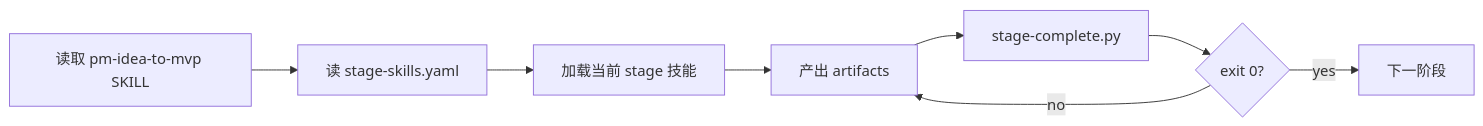
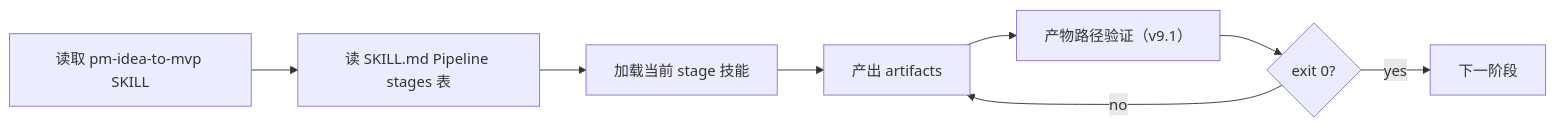
Before and after one commit to ttmens/ttmens-skills: the diagram in docs/AGENT_ONBOARDING.md, drawn with Mermaid. The commit also changed other lines of this file and 57 other files, not shown here.

First line of the commit message:
feat: pm-idea-to-mvp v9.1.0 — artifact-driven pipeline with align+ship checkpoints

````diff
--- a/docs/AGENT_ONBOARDING.md
+++ b/docs/AGENT_ONBOARDING.md
@@ -153,10 +153,10 @@
 ```mermaid
 flowchart LR
-  A[读取 pm-idea-to-mvp SKILL] --> B[读 stage-skills.yaml]
+  A[读取 pm-idea-to-mvp SKILL] --> B[读 SKILL.md Pipeline stages 表]
   B --> C[加载当前 stage 技能]
   C --> D[产出 artifacts]
-  D --> E[stage-complete.py]
+  D --> E[产物路径验证（v9.1）]
   E --> F{exit 0?}
   F -->|yes| G[下一阶段]
   F -->|no| D
 ```
````
